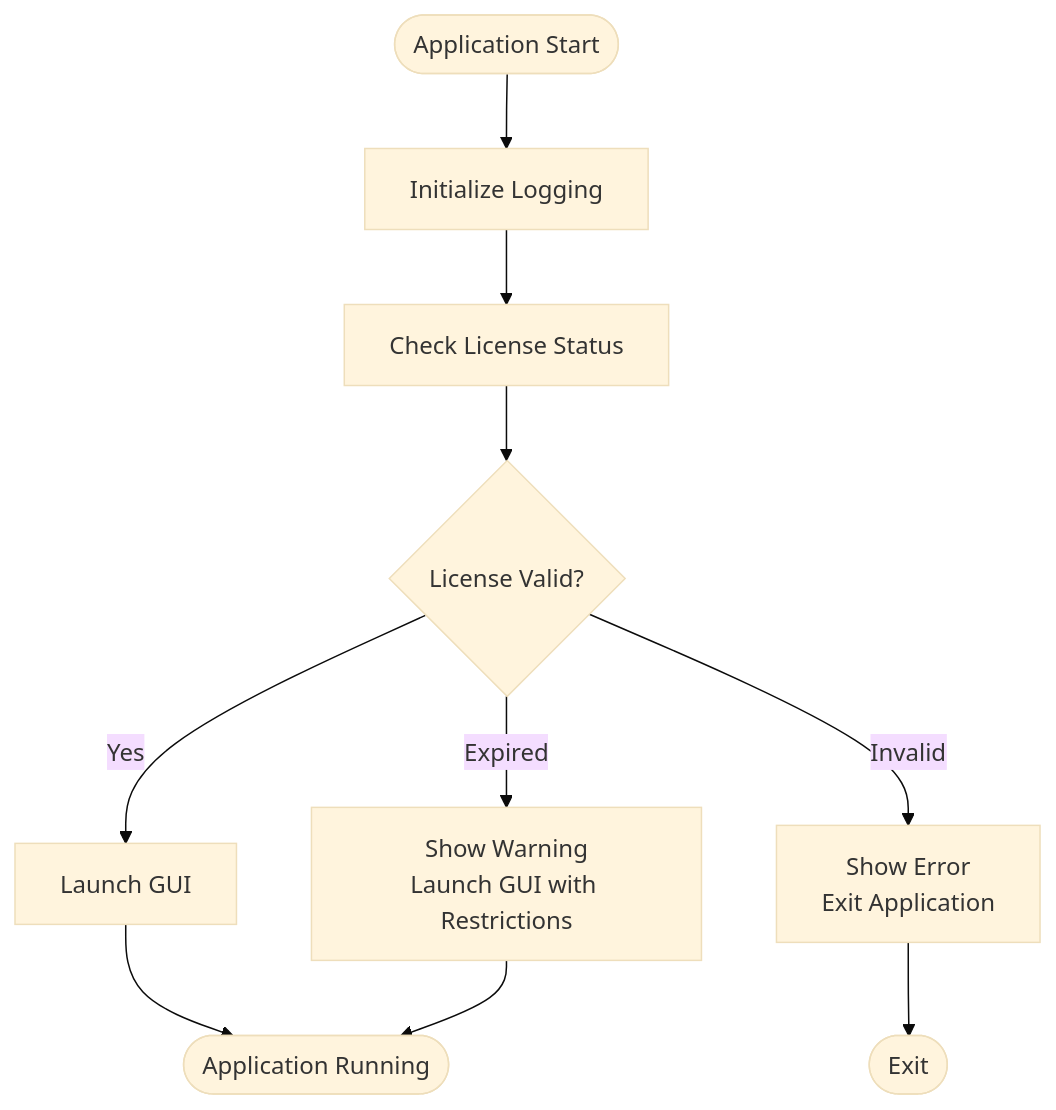
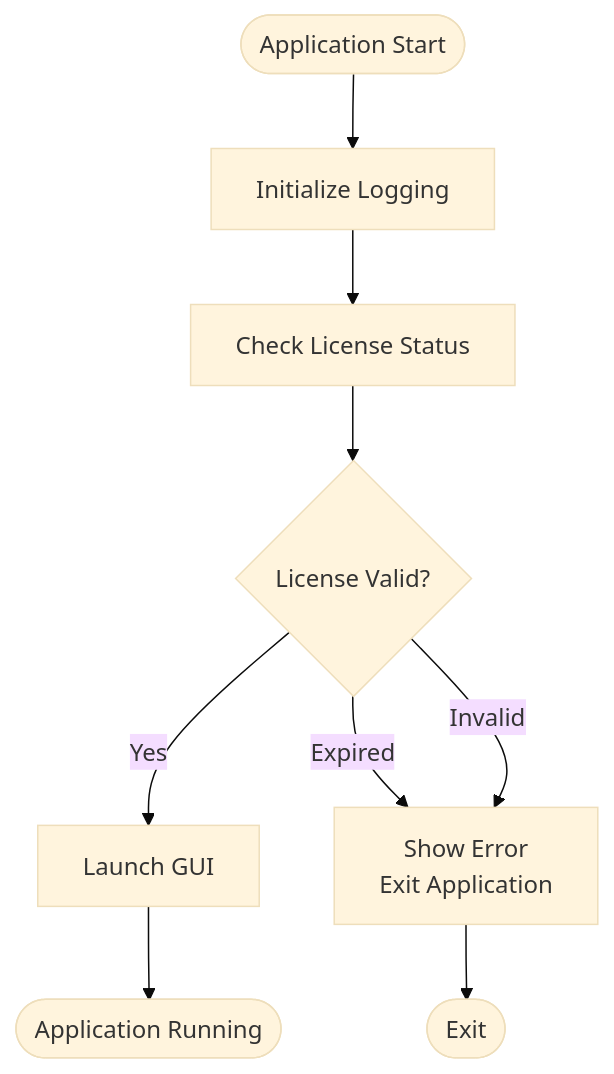
One commit to Yoavsb25/files_unifeder changed the third of 18 diagrams in ARCHITECTURE.md. Above: the diagram before and after it, drawn with Mermaid (base theme). The commit also changed other lines of this file and 38 other files, not shown here.

````diff
--- a/ARCHITECTURE.md
+++ b/ARCHITECTURE.md
@@ -190,12 +238,11 @@
 ```mermaid
 flowchart TD
     Start([Application Start]) --> Init[Initialize Logging]
     Init --> CheckLicense[Check License Status]
     CheckLicense --> Valid{License Valid?}
     Valid -->|Yes| LaunchGUI[Launch GUI]
-    Valid -->|Expired| ShowWarning[Show Warning<br/>Launch GUI with Restrictions]
+    Valid -->|Expired| ShowError[Show Error<br/>Exit Application]
     Valid -->|Invalid| ShowError[Show Error<br/>Exit Application]
     LaunchGUI --> End([Application Running])
-    ShowWarning --> End
     ShowError --> Exit([Exit])
 ```
````
